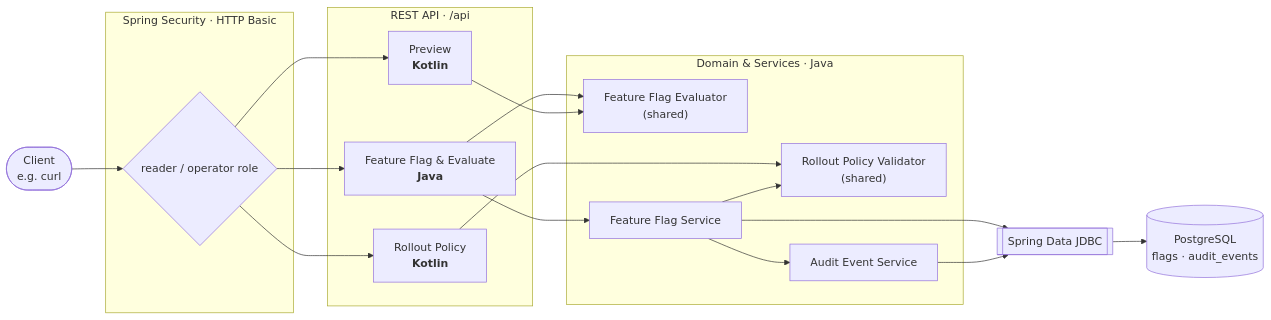
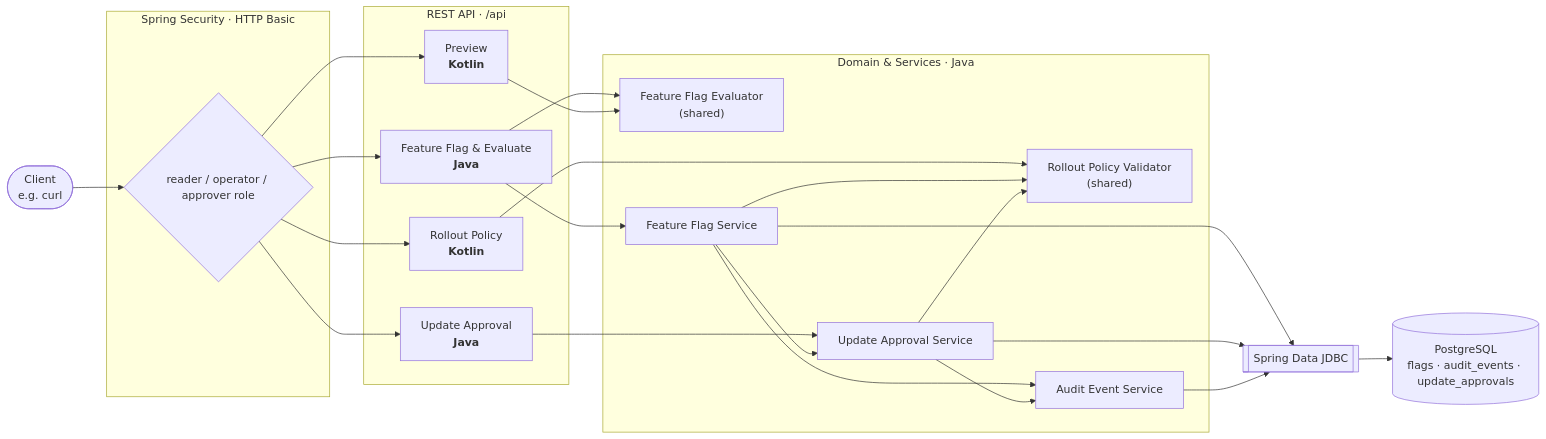
Before and after one commit to 42milez/feature-flag-expt: the first of 2 diagrams in README.ja.md, drawn with Mermaid. The commit also changed other lines of this file and 5 other files, not shown here.

````diff
--- a/README.ja.md
+++ b/README.ja.md
@@ -59,33 +59,37 @@
 ```mermaid
 flowchart LR
     Client([Client<br/>e.g. curl])
 
     subgraph Sec["Spring Security · HTTP Basic"]
-        Auth{"reader / operator role"}
+        Auth{"reader / operator / approver role"}
     end
 
     subgraph API["REST API · /api"]
         FlagCtl["Feature Flag &amp; Evaluate<br/><b>Java</b>"]
+        ApprovalCtl["Update Approval<br/><b>Java</b>"]
         PreviewCtl["Preview<br/><b>Kotlin</b>"]
         PolicyCtl["Rollout Policy<br/><b>Kotlin</b>"]
     end
 
     subgraph Core["Domain &amp; Services · Java"]
         Eval["Feature Flag Evaluator<br/>(shared)"]
         Svc["Feature Flag Service"]
+        ApprovalSvc["Update Approval Service"]
         Policy["Rollout Policy Validator<br/>(shared)"]
         Audit["Audit Event Service"]
     end
 
     Repo[["Spring Data JDBC"]]
-    DB[("PostgreSQL<br/>flags · audit_events")]
+    DB[("PostgreSQL<br/>flags · audit_events · update_approvals")]
 
     Client --> Auth
-    Auth --> FlagCtl & PreviewCtl & PolicyCtl
+    Auth --> FlagCtl & ApprovalCtl & PreviewCtl & PolicyCtl
     FlagCtl --> Svc & Eval
+    ApprovalCtl --> ApprovalSvc
     PreviewCtl --> Eval
     PolicyCtl --> Policy
-    Svc --> Policy & Audit & Repo
+    Svc --> Policy & ApprovalSvc & Audit & Repo
+    ApprovalSvc --> Policy & Audit & Repo
     Audit --> Repo
     Repo --> DB
 ```
````
